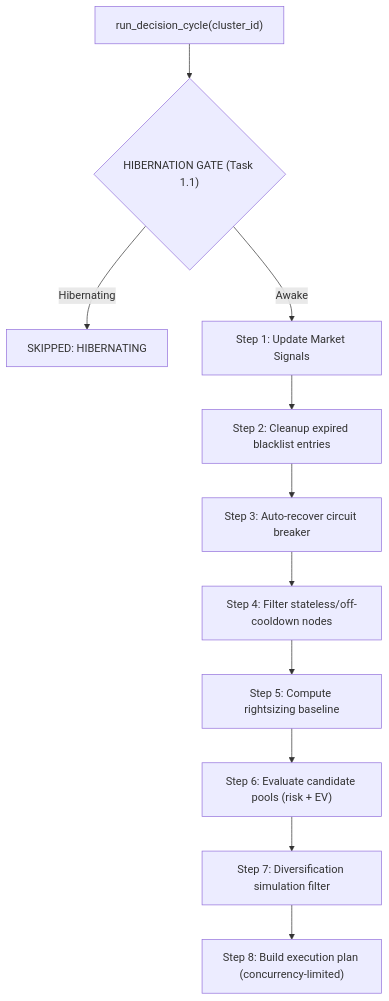
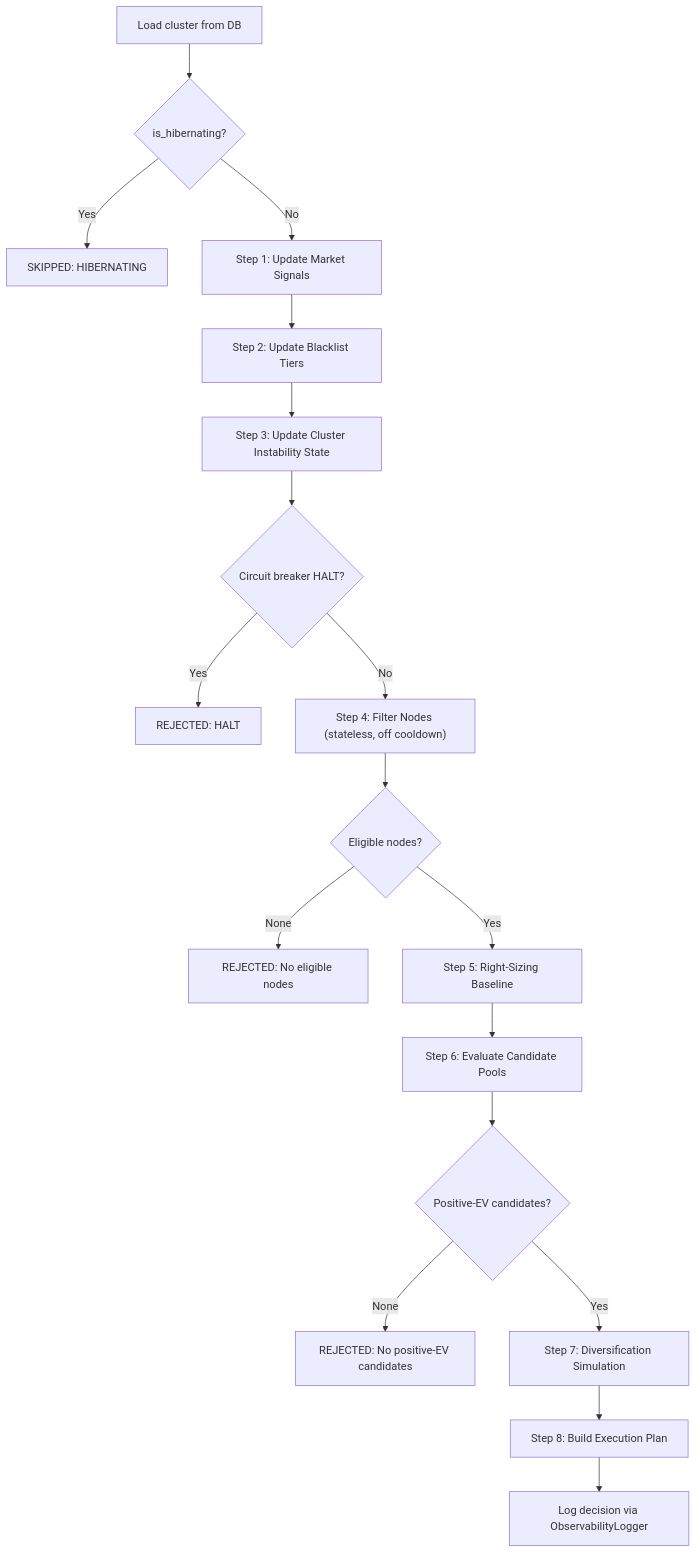
One commit to atharva0608/final-ml changed the eighth of 16 diagrams in documents/logic.md. Above: the diagram before and after it, drawn with Mermaid. The commit also changed other lines of this file and 93 other files, not shown here.

````diff
--- a/documents/logic.md
+++ b/documents/logic.md
@@ -379,13 +454,20 @@
 ```mermaid
 flowchart TD
-    T["run_decision_cycle(cluster_id)"] --> HG{"HIBERNATION GATE (Task 1.1)"}
-    HG -- "Hibernating" --> SKIP["SKIPPED: HIBERNATING"]
-    HG -- "Awake" --> S1["Step 1: Update Market Signals"]
-    S1 --> S2["Step 2: Cleanup expired blacklist entries"]
-    S2 --> S3["Step 3: Auto-recover circuit breaker"]
-    S3 --> S4["Step 4: Filter stateless/off-cooldown nodes"]
-    S4 --> S5["Step 5: Compute rightsizing baseline"]
-    S5 --> S6["Step 6: Evaluate candidate pools (risk + EV)"]
-    S6 --> S7["Step 7: Diversification simulation filter"]
-    S7 --> S8["Step 8: Build execution plan (concurrency-limited)"]
+    INIT["Load cluster from DB"] --> HGATE{"is_hibernating?"}
+    HGATE -- "Yes" --> SKIP["SKIPPED: HIBERNATING"]
+    HGATE -- "No" --> S1["Step 1: Update Market Signals"]
+    S1 --> S2["Step 2: Update Blacklist Tiers"]
+    S2 --> S3["Step 3: Update Cluster Instability State"]
+    S3 --> CBHALT{"Circuit breaker HALT?"}
+    CBHALT -- "Yes" --> HALT["REJECTED: HALT"]
+    CBHALT -- "No" --> S4["Step 4: Filter Nodes (stateless, off cooldown)"]
+    S4 --> NODES{"Eligible nodes?"}
+    NODES -- "None" --> NOFILT["REJECTED: No eligible nodes"]
+    NODES -- "Yes" --> S5["Step 5: Right-Sizing Baseline"]
+    S5 --> S6["Step 6: Evaluate Candidate Pools"]
+    S6 --> CANDS{"Positive-EV candidates?"}
+    CANDS -- "None" --> NOEV["REJECTED: No positive-EV candidates"]
+    CANDS -- "Yes" --> S7["Step 7: Diversification Simulation"]
+    S7 --> S8["Step 8: Build Execution Plan"]
+    S8 --> LOG["Log decision via ObservabilityLogger"]
 ```
````
